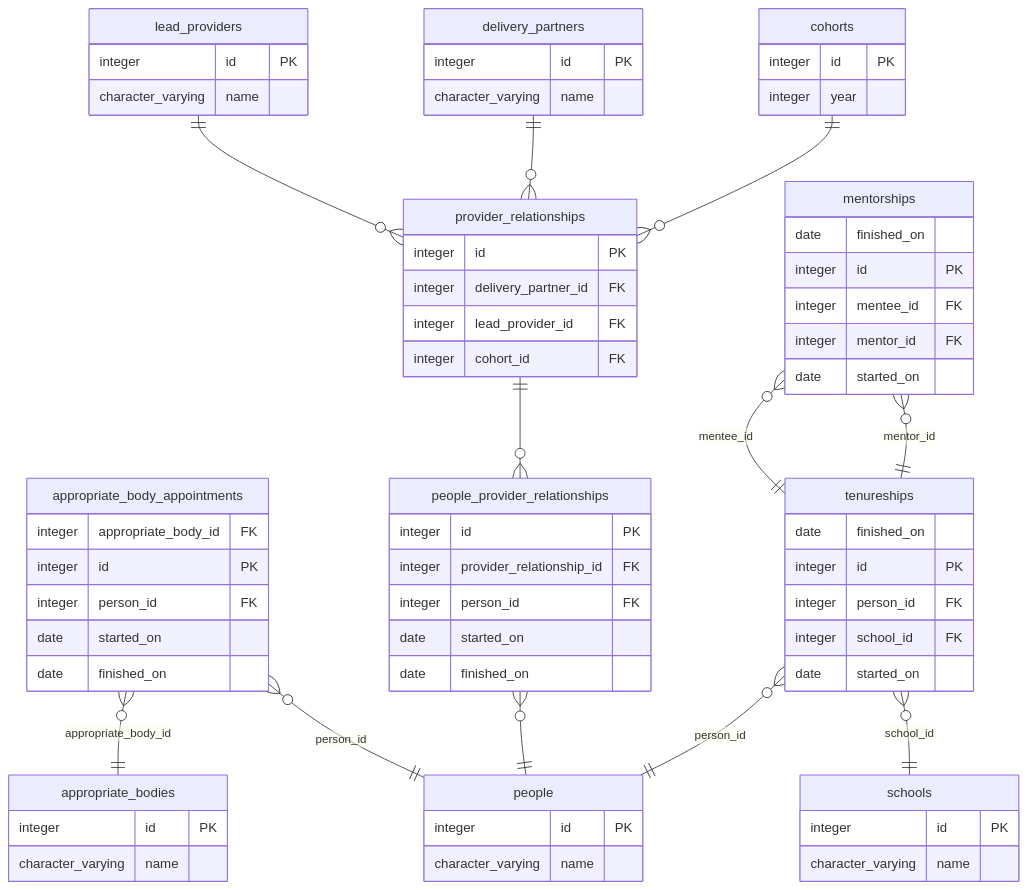
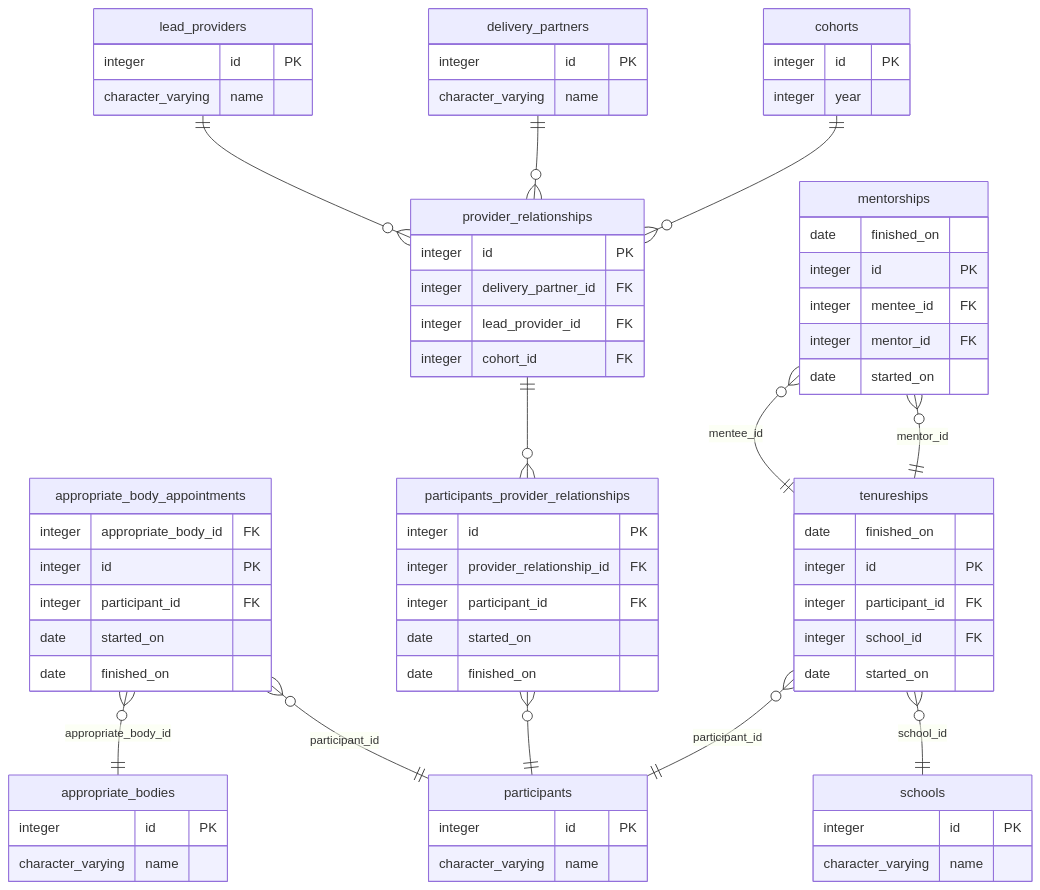
Before and after one commit to DFE-Digital/ecf-data-model-prototypes-separate: the diagram in README.md, drawn with Mermaid. The commit also changed other lines of this file and 4 other files, not shown here.

Commit message:
Rename people to participants

````diff
--- a/README.md
+++ b/README.md
@@ -48,7 +48,7 @@
     appropriate_body_appointments {
         integer appropriate_body_id FK
         integer id PK
-        integer person_id FK
+        integer participant_id FK
         date started_on
         date finished_on
     }
@@ -60,10 +60,10 @@
         integer cohort_id FK
     }
 
-    people_provider_relationships {
+    participants_provider_relationships {
         integer id PK
         integer provider_relationship_id FK
-        integer person_id FK
+        integer participant_id FK
         date started_on
         date finished_on
     }
@@ -86,7 +86,7 @@
         date started_on
     }
 
-    people {
+    participants {
         integer id PK
         character_varying name
     }
@@ -99,23 +99,23 @@
     tenureships {
         date finished_on
         integer id PK
-        integer person_id FK
+        integer participant_id FK
         integer school_id FK
         date started_on
     }
 
     appropriate_body_appointments }o--|| appropriate_bodies : "appropriate_body_id"
-    appropriate_body_appointments }o--|| people : "person_id"
+    appropriate_body_appointments }o--|| participants : "participant_id"
 
     mentorships }o--|| tenureships : "mentee_id"
     mentorships }o--|| tenureships : "mentor_id"
-    tenureships }o--|| people : "person_id"
+    tenureships }o--|| participants : "participant_id"
     tenureships }o--|| schools : "school_id"
 
     lead_providers ||--o{ provider_relationships : ""
     delivery_partners ||--o{ provider_relationships : ""
     cohorts ||--o{ provider_relationships : ""
 
-    provider_relationships ||--o{ people_provider_relationships : ""
-    people_provider_relationships }o--|| people : ""
+    provider_relationships ||--o{ participants_provider_relationships : ""
+    participants_provider_relationships }o--|| participants : ""
 ```
````
